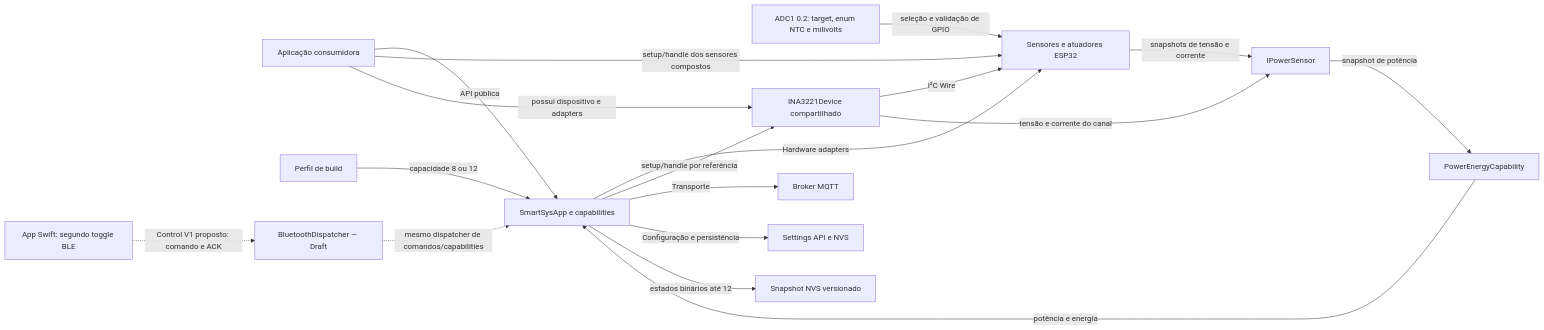
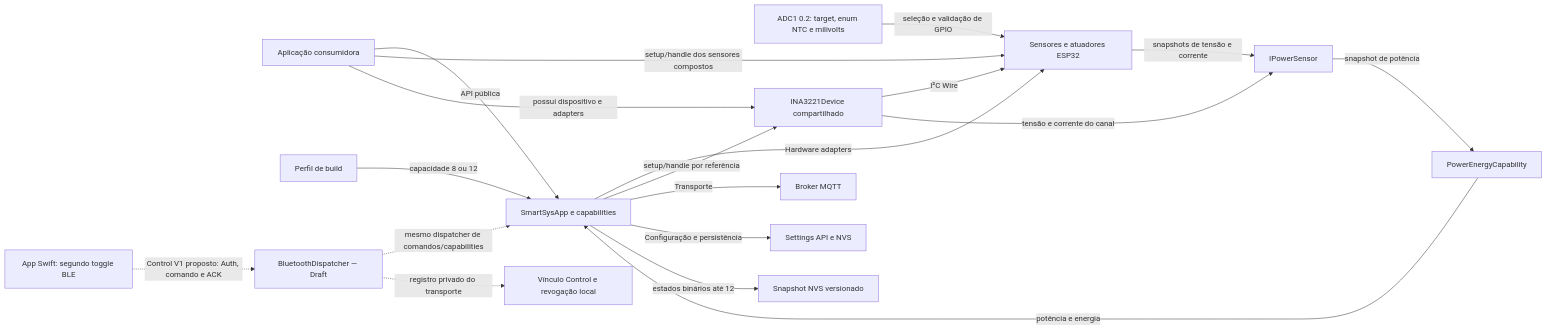
Before and after one commit to iotsmartsys/IoTSmartSysCore: the diagram in docs/rfc/KNOWLEDGE-MAP.md, drawn with Mermaid. The commit also changed other lines of this file and 2 other files, not shown here.

Commit message:
docs: specify shared-secret BLE session authentication

````diff
--- a/docs/rfc/KNOWLEDGE-MAP.md
+++ b/docs/rfc/KNOWLEDGE-MAP.md
@@ -167,20 +167,21 @@
 ```mermaid
 flowchart LR
     APP["Aplicação consumidora"] -->|"API pública"| CORE["SmartSysApp e capabilities"]
     PROFILE["Perfil de build"] -->|"capacidade 8 ou 12"| CORE
     CORE -->|"Hardware adapters"| HW["Sensores e atuadores ESP32"]
     ADC1["ADC1 0.2: target, enum NTC e milivolts"] -->|"seleção e validação de GPIO"| HW
     APP -->|"setup/handle dos sensores compostos"| HW
     APP -->|"possui dispositivo e adapters"| INA["INA3221Device compartilhado"]
     CORE -->|"setup/handle por referência"| INA
     INA -->|"I²C Wire"| HW
     HW -->|"snapshots de tensão e corrente"| PSENSOR["IPowerSensor"]
     INA -->|"tensão e corrente do canal"| PSENSOR
     PSENSOR -->|"snapshot de potência"| POWER["PowerEnergyCapability"]
     POWER -->|"potência e energia"| CORE
-    SWIFT["App Swift: segundo toggle BLE"] -.->|"Control V1 proposto: comando e ACK"| BLE["BluetoothDispatcher — Draft"]
+    SWIFT["App Swift: segundo toggle BLE"] -.->|"Control V1 proposto: Auth, comando e ACK"| BLE["BluetoothDispatcher — Draft"]
     BLE -.->|"mesmo dispatcher de comandos/capabilities"| CORE
+    BLE -.->|"registro privado do transporte"| BLEAUTH["Vínculo Control e revogação local"]
     CORE -->|"Transporte"| MQTT["Broker MQTT"]
     CORE -->|"Configuração e persistência"| SETTINGS["Settings API e NVS"]
     CORE -->|"estados binários até 12"| BCS["Snapshot NVS versionado"]
 ```
````
